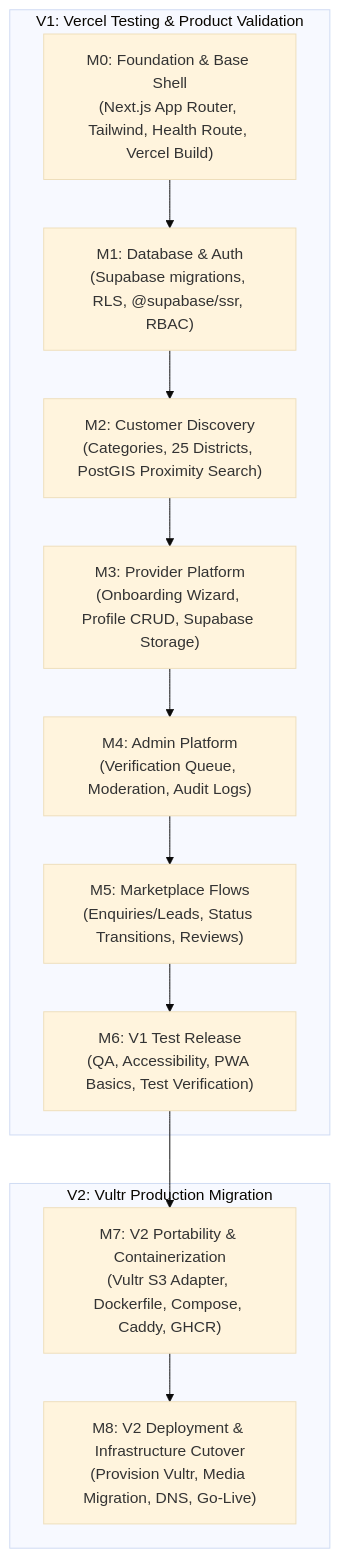
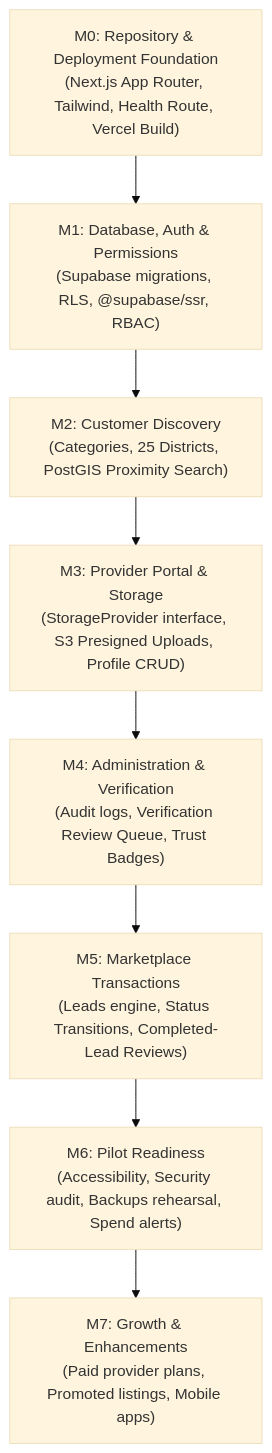
Before and after one commit to orionops1/localservicefinder: the diagram in docs/IMPLEMENTATION_PLAN.md, drawn with Mermaid (base theme). The commit also changed other lines of this file and 12 other files, not shown here.

Commit message:
docs: adopt authoritative Vercel + Supabase + Vultr Object Storage architecture

````diff
--- a/docs/IMPLEMENTATION_PLAN.md
+++ b/docs/IMPLEMENTATION_PLAN.md
@@ -21,19 +22,10 @@
 ```mermaid
 flowchart TD
-    subgraph V1_VERCEL["V1: Vercel Testing & Product Validation"]
-        M0["M0: Foundation & Base Shell<br/>(Next.js App Router, Tailwind, Health Route, Vercel Build)"]
-        M1["M1: Database & Auth<br/>(Supabase migrations, RLS, @supabase/ssr, RBAC)"]
-        M2["M2: Customer Discovery<br/>(Categories, 25 Districts, PostGIS Proximity Search)"]
-        M3["M3: Provider Platform<br/>(Onboarding Wizard, Profile CRUD, Supabase Storage)"]
-        M4["M4: Admin Platform<br/>(Verification Queue, Moderation, Audit Logs)"]
-        M5["M5: Marketplace Flows<br/>(Enquiries/Leads, Status Transitions, Reviews)"]
-        M6["M6: V1 Test Release<br/>(QA, Accessibility, PWA Basics, Test Verification)"]
-    end
-
-    subgraph V2_VULTR["V2: Vultr Production Migration"]
-        M7["M7: V2 Portability & Containerization<br/>(Vultr S3 Adapter, Dockerfile, Compose, Caddy, GHCR)"]
-        M8["M8: V2 Deployment & Infrastructure Cutover<br/>(Provision Vultr, Media Migration, DNS, Go-Live)"]
-    end
-
-    M0 --> M1 --> M2 --> M3 --> M4 --> M5 --> M6 --> M7 --> M8
+    M0["M0: Repository & Deployment Foundation<br/>(Next.js App Router, Tailwind, Health Route, Vercel Build)"] --> M1["M1: Database, Auth & Permissions<br/>(Supabase migrations, RLS, @supabase/ssr, RBAC)"]
+    M1 --> M2["M2: Customer Discovery<br/>(Categories, 25 Districts, PostGIS Proximity Search)"]
+    M2 --> M3["M3: Provider Portal & Storage<br/>(StorageProvider interface, S3 Presigned Uploads, Profile CRUD)"]
+    M3 --> M4["M4: Administration & Verification<br/>(Audit logs, Verification Review Queue, Trust Badges)"]
+    M4 --> M5["M5: Marketplace Transactions<br/>(Leads engine, Status Transitions, Completed-Lead Reviews)"]
+    M5 --> M6["M6: Pilot Readiness<br/>(Accessibility, Security audit, Backups rehearsal, Spend alerts)"]
+    M6 --> M7["M7: Growth & Enhancements<br/>(Paid provider plans, Promoted listings, Mobile apps)"]
 ```
````
